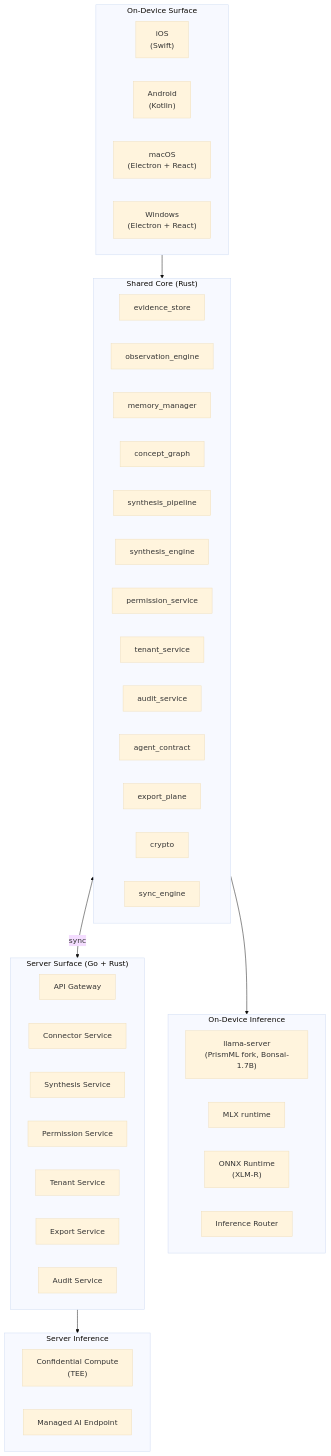
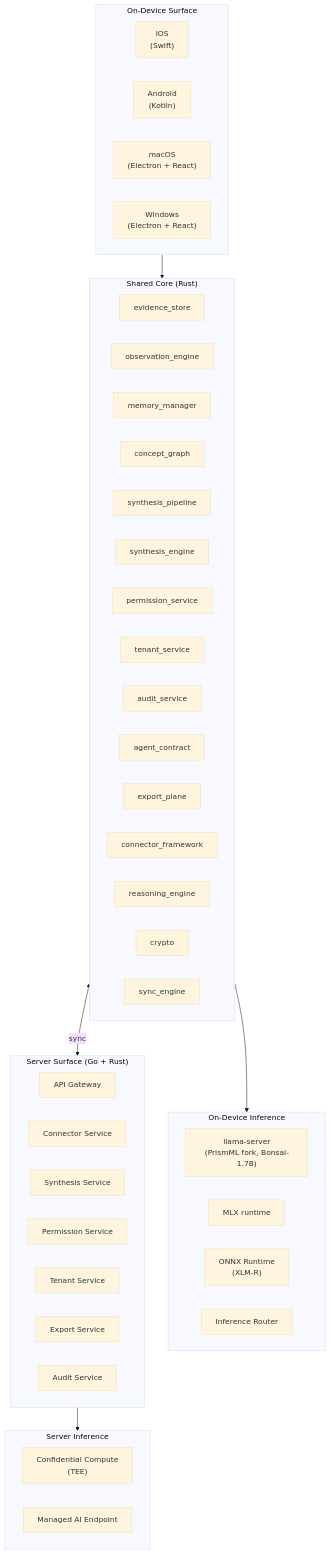
The first of 4 diagrams in ARCHITECTURE.md (kennguy3n/knowledge), drawn with Mermaid (base theme) before and after one commit. The commit also changed other lines of this file and 30 other files, not shown here.

Commit message:
Phase 4 + Phase 6 first delivery: connector_framework, reasoning_engine, document pipeline, citation rendering, incremental graph updates

````diff
--- a/ARCHITECTURE.md
+++ b/ARCHITECTURE.md
@@ -55,47 +57,49 @@
 ```mermaid
 flowchart TB
     subgraph Device["On-Device Surface"]
         UI_iOS["iOS\n(Swift)"]
         UI_AND["Android\n(Kotlin)"]
         UI_MAC["macOS\n(Electron + React)"]
         UI_WIN["Windows\n(Electron + React)"]
     end
     subgraph Core["Shared Core (Rust)"]
         ES["evidence_store"]
         OE["observation_engine"]
         MM["memory_manager"]
         CG["concept_graph"]
         SP["synthesis_pipeline"]
         SY["synthesis_engine"]
         PSV["permission_service"]
         TSV["tenant_service"]
         AUS["audit_service"]
         AC["agent_contract"]
         EP["export_plane"]
+        CF["connector_framework"]
+        RE["reasoning_engine"]
         CR["crypto"]
         SE["sync_engine"]
     end
     subgraph Inf["On-Device Inference"]
         LS["llama-server\n(PrismML fork, Bonsai-1.7B)"]
         MLX["MLX runtime"]
         ORT["ONNX Runtime\n(XLM-R)"]
         IR["Inference Router"]
     end
     subgraph Server["Server Surface (Go + Rust)"]
         GW["API Gateway"]
         CS["Connector Service"]
         SS["Synthesis Service"]
         PS["Permission Service"]
         TS["Tenant Service"]
         XS["Export Service"]
         AS["Audit Service"]
     end
     subgraph SInf["Server Inference"]
         TEE["Confidential Compute\n(TEE)"]
         MAI["Managed AI Endpoint"]
     end
     Device --> Core
     Core --> Inf
     Core <-->|sync| Server
     Server --> SInf
 ```
````
